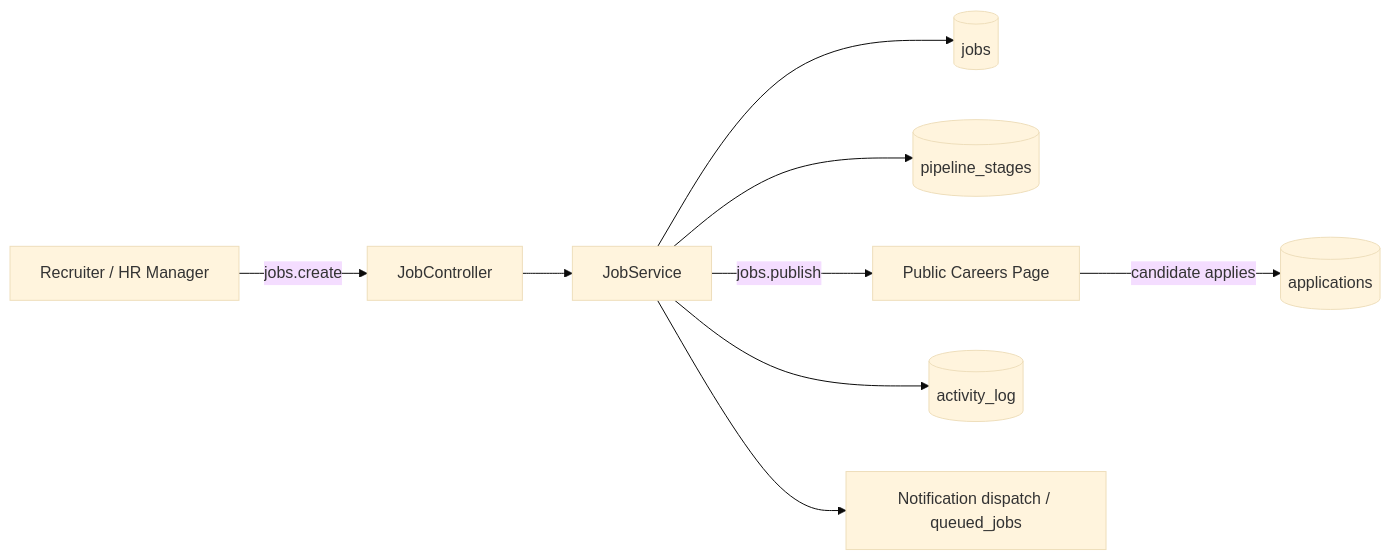
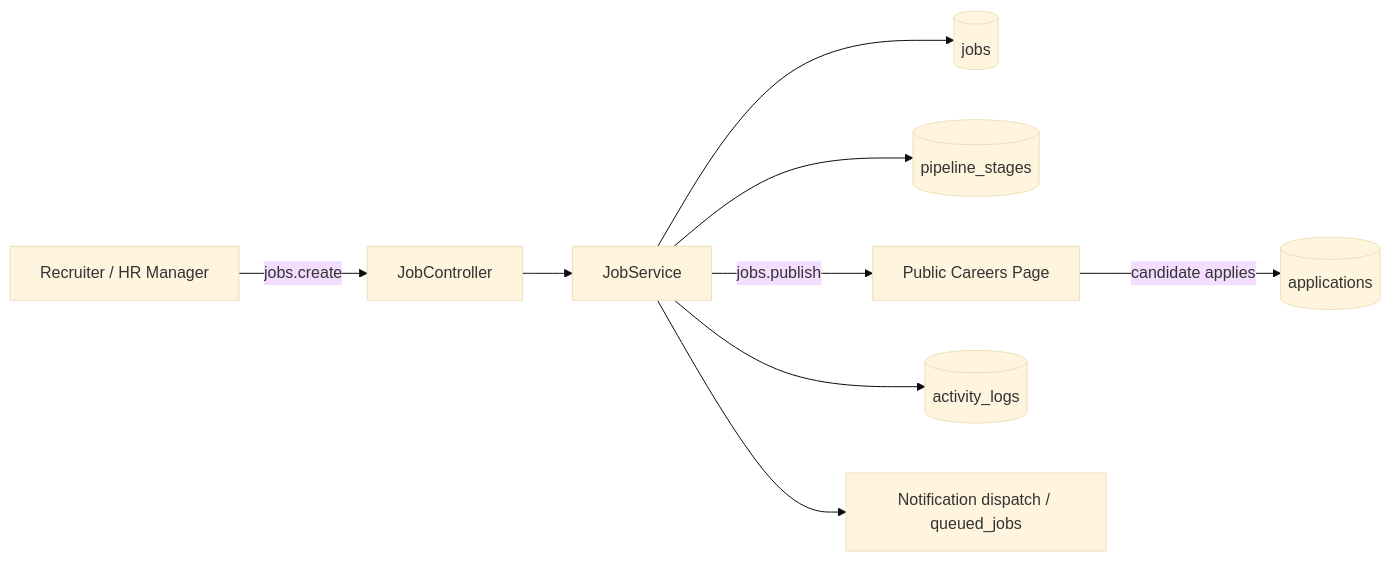
Before and after one commit to ammarnabileg/crm: the first of 3 diagrams in docs/24-Job-Lifecycle.md, drawn with Mermaid (base theme). The commit also changed other lines of this file and 26 other files, not shown here.

````diff
--- a/docs/24-Job-Lifecycle.md
+++ b/docs/24-Job-Lifecycle.md
@@ -41,11 +41,11 @@
 ```mermaid
 flowchart LR
   R[Recruiter / HR Manager] -->|jobs.create| JC[JobController]
   JC --> JS[JobService]
   JS --> JM[(jobs)]
   JS --> PS[(pipeline_stages)]
   JS -->|jobs.publish| CP[Public Careers Page]
   CP -->|candidate applies| APP[(applications)]
-  JS --> AL[(activity_log)]
+  JS --> AL[(activity_logs)]
   JS --> NQ[Notification dispatch / queued_jobs]
 ```
````
